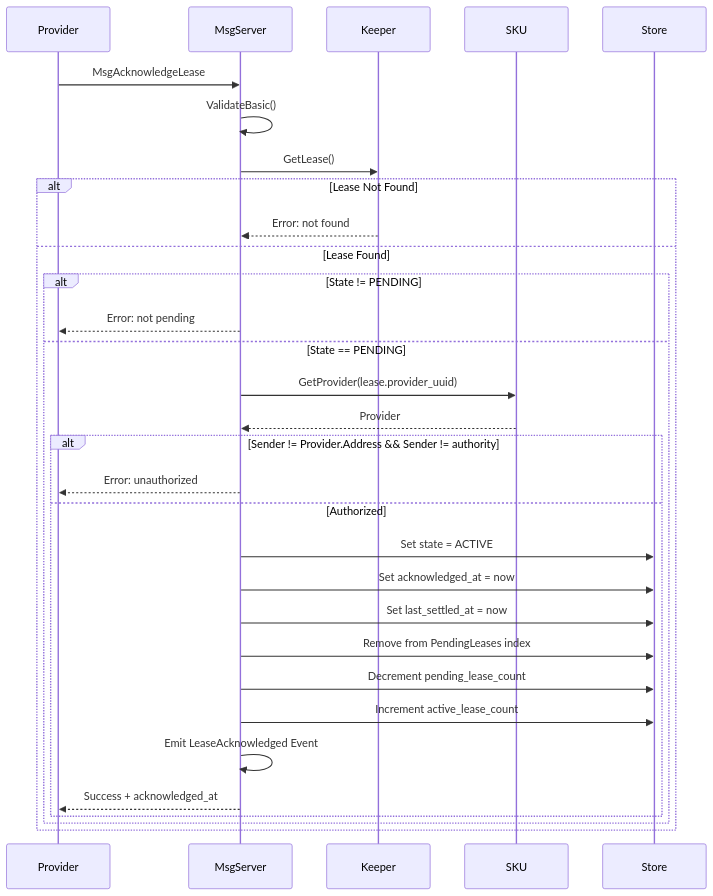
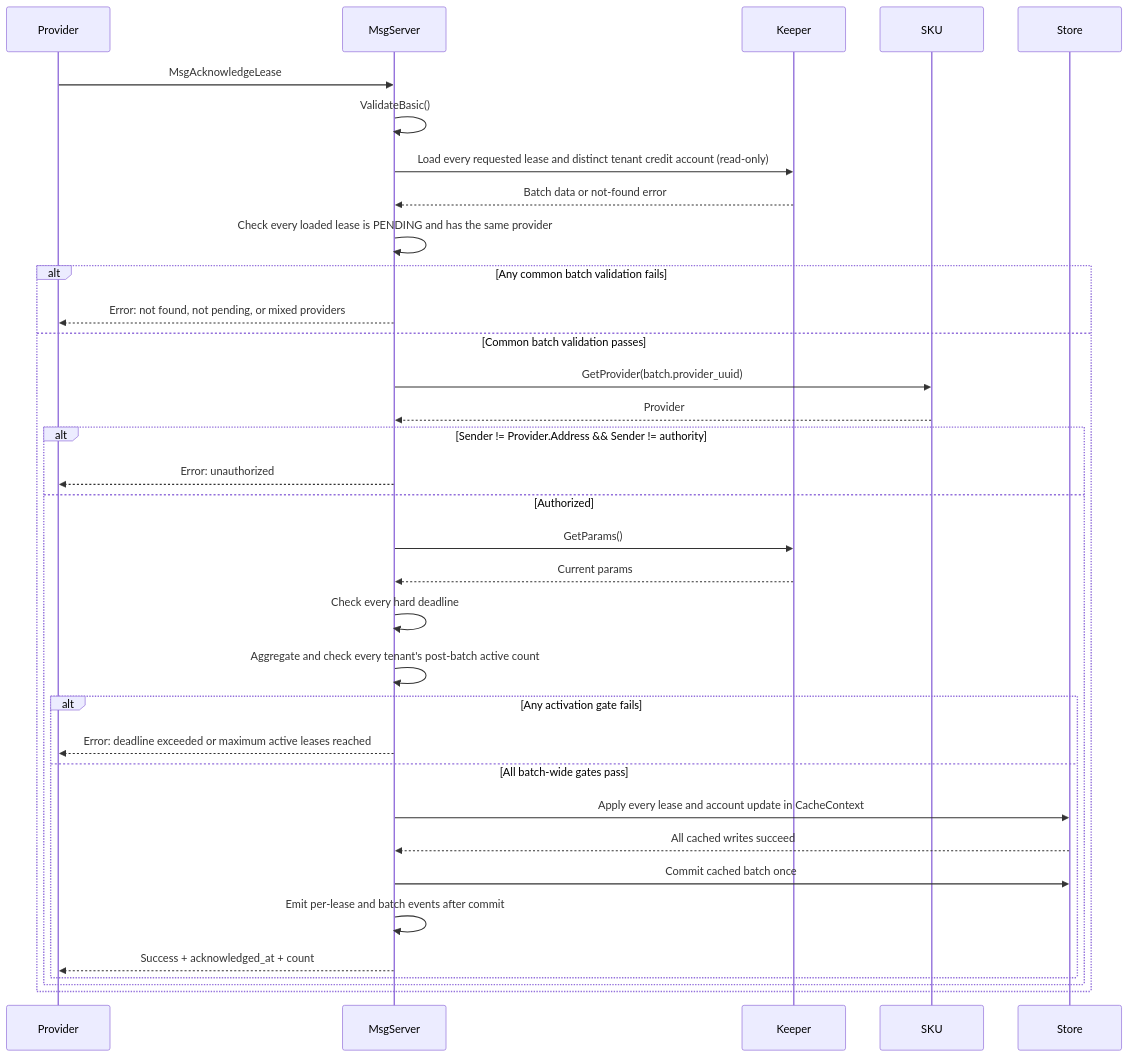
The seventh of 13 diagrams in x/billing/docs/ARCHITECTURE.md (manifest-network/manifest-ledger), drawn with Mermaid before and after one commit. The commit also changed other lines of this file and 25 other files, not shown here.

Commit message:
fix(billing): gate lease acknowledgement on timeout and active cap (ENG-859)

````diff
--- a/x/billing/docs/ARCHITECTURE.md
+++ b/x/billing/docs/ARCHITECTURE.md
@@ -329,36 +329,40 @@
 ```mermaid
 sequenceDiagram
     participant Provider
     participant MsgServer
     participant Keeper
     participant SKU
     participant Store
     
     Provider->>MsgServer: MsgAcknowledgeLease
     MsgServer->>MsgServer: ValidateBasic()
-    MsgServer->>Keeper: GetLease()
-    
-    alt Lease Not Found
-        Keeper-->>MsgServer: Error: not found
-    else Lease Found
-        alt State != PENDING
-            MsgServer-->>Provider: Error: not pending
-        else State == PENDING
-            MsgServer->>SKU: GetProvider(lease.provider_uuid)
-            SKU-->>MsgServer: Provider
-            
-            alt Sender != Provider.Address && Sender != authority
-                MsgServer-->>Provider: Error: unauthorized
-            else Authorized
-                MsgServer->>Store: Set state = ACTIVE
-                MsgServer->>Store: Set acknowledged_at = now
-                MsgServer->>Store: Set last_settled_at = now
-                MsgServer->>Store: Remove from PendingLeases index
-                MsgServer->>Store: Decrement pending_lease_count
-                MsgServer->>Store: Increment active_lease_count
-                MsgServer->>MsgServer: Emit LeaseAcknowledged Event
-                MsgServer-->>Provider: Success + acknowledged_at
+    MsgServer->>Keeper: Load every requested lease and distinct tenant credit account (read-only)
+    Keeper-->>MsgServer: Batch data or not-found error
+    MsgServer->>MsgServer: Check every loaded lease is PENDING and has the same provider
+
+    alt Any common batch validation fails
+        MsgServer-->>Provider: Error: not found, not pending, or mixed providers
+    else Common batch validation passes
+        MsgServer->>SKU: GetProvider(batch.provider_uuid)
+        SKU-->>MsgServer: Provider
+
+        alt Sender != Provider.Address && Sender != authority
+            MsgServer-->>Provider: Error: unauthorized
+        else Authorized
+            MsgServer->>Keeper: GetParams()
+            Keeper-->>MsgServer: Current params
+            MsgServer->>MsgServer: Check every hard deadline
+            MsgServer->>MsgServer: Aggregate and check every tenant's post-batch active count
+
+            alt Any activation gate fails
+                MsgServer-->>Provider: Error: deadline exceeded or maximum active leases reached
+            else All batch-wide gates pass
+                MsgServer->>Store: Apply every lease and account update in CacheContext
+                Store-->>MsgServer: All cached writes succeed
+                MsgServer->>Store: Commit cached batch once
+                MsgServer->>MsgServer: Emit per-lease and batch events after commit
+                MsgServer-->>Provider: Success + acknowledged_at + count
             end
         end
     end
 ```
````
